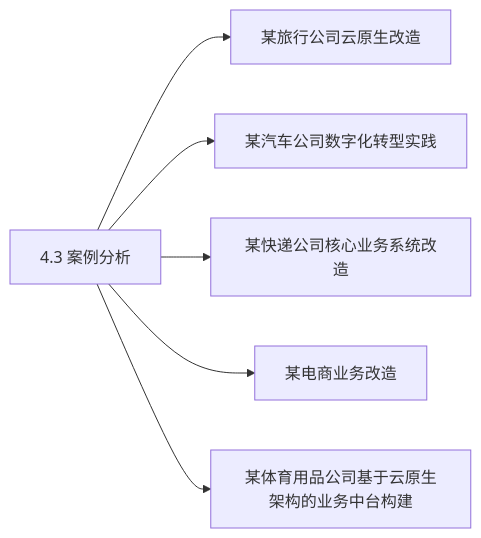
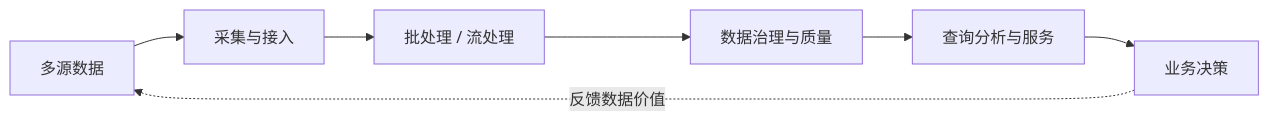
Before and after one commit to mingf423/ruankao: the ninth of 9 diagrams in docs/system-architecture-designer/01_官方大纲与考试政策/02_案例分析大纲脑图.md, drawn with Mermaid. The commit also changed other lines of this file, not shown here.

Commit message:
Redesign case diagrams as concise architecture concept maps

````diff
--- a/docs/system-architecture-designer/01_官方大纲与考试政策/02_案例分析大纲脑图.md
+++ b/docs/system-architecture-designer/01_官方大纲与考试政策/02_案例分析大纲脑图.md
@@ -266,14 +128,9 @@
 ```mermaid
 flowchart LR
-  R["4.3 案例分析"]
-  N1["某旅行公司云原生改造"]
-  R --> N1
-  N2["某汽车公司数字化转型实践"]
-  R --> N2
-  N3["某快递公司核心业务系统改造"]
-  R --> N3
-  N4["某电商业务改造"]
-  R --> N4
-  N5["某体育用品公司基于云原生架构的业务中台构建"]
-  R --> N5
+  S["多源数据"] --> I["采集与接入"]
+  I --> P["批处理 / 流处理"]
+  P --> G["数据治理与质量"]
+  G --> Q["查询分析与服务"]
+  Q --> U["业务决策"]
+  U -.反馈数据价值.-> S
 ```
````
